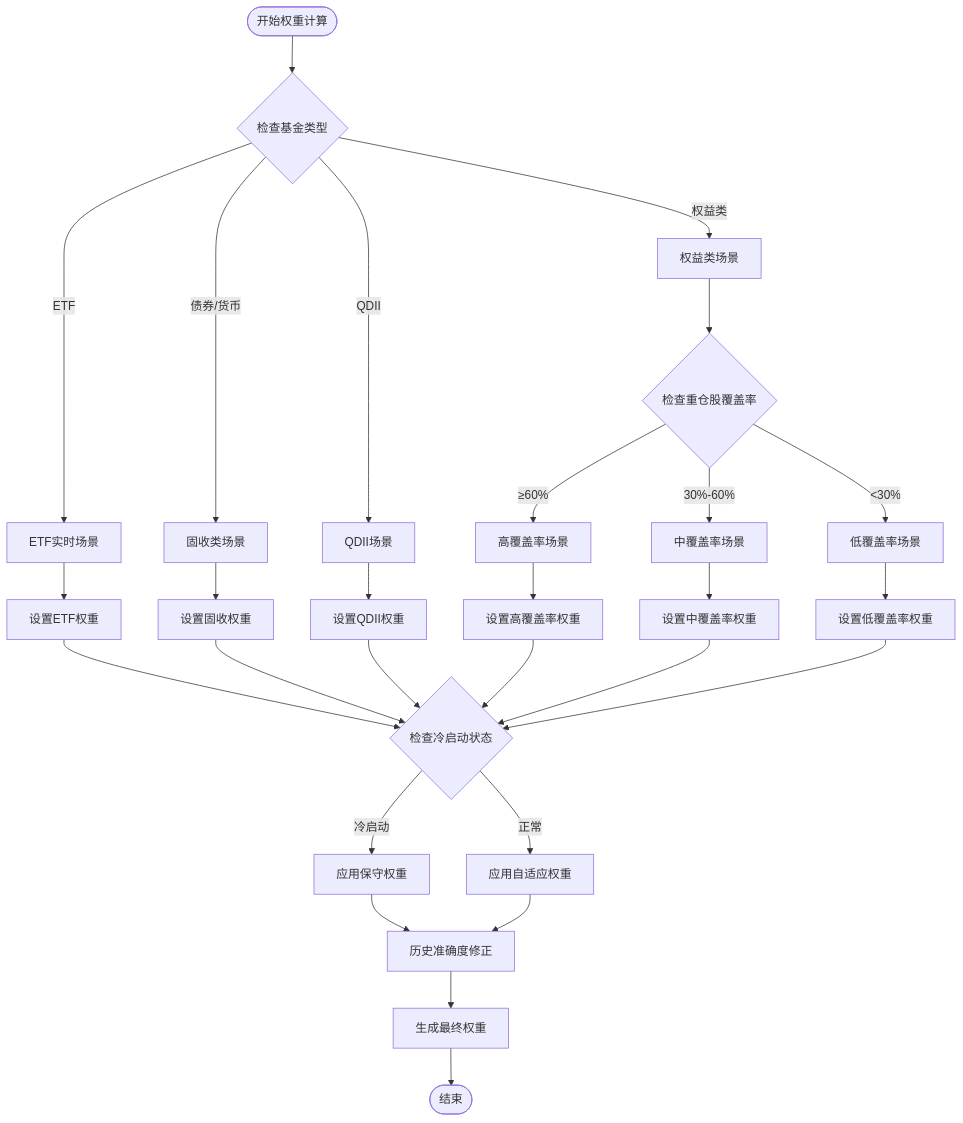
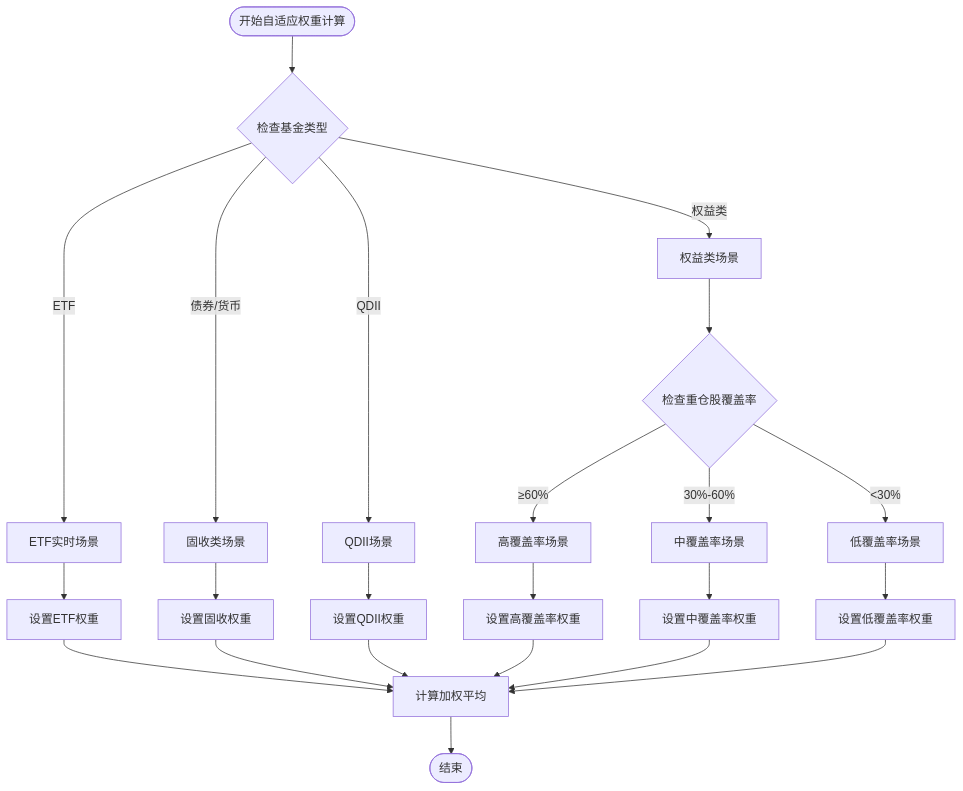
Before and after one commit to gree-coder/fund-butler: the fifth of 23 diagrams in .qoder/repowiki/zh/content/核心功能开发/多源基金估值系统.md, drawn with Mermaid. The commit also changed other lines of this file and 21 other files, not shown here.

````diff
--- a/.qoder/repowiki/zh/content/核心功能开发/多源基金估值系统.md
+++ b/.qoder/repowiki/zh/content/核心功能开发/多源基金估值系统.md
@@ -307,30 +317,25 @@
 ```mermaid
 flowchart TD
-Start([开始权重计算]) --> CheckType{检查基金类型}
+Start([开始自适应权重计算]) --> CheckType{检查基金类型}
 CheckType --> |ETF| ETFScenario[ETF实时场景]
 CheckType --> |债券/货币| BondScenario[固收类场景]
 CheckType --> |QDII| QDIIScenario[QDII场景]
 CheckType --> |权益类| EquityScenario[权益类场景]
 ETFScenario --> SetETFWeights[设置ETF权重]
 BondScenario --> SetBondWeights[设置固收权重]
 QDIIScenario --> SetQDIWeights[设置QDII权重]
 EquityScenario --> CheckCoverage{检查重仓股覆盖率}
 CheckCoverage --> |≥60%| HighCoverage[高覆盖率场景]
 CheckCoverage --> |30%-60%| MediumCoverage[中覆盖率场景]
 CheckCoverage --> |<30%| LowCoverage[低覆盖率场景]
 HighCoverage --> SetHighWeights[设置高覆盖率权重]
 MediumCoverage --> SetMediumWeights[设置中覆盖率权重]
 LowCoverage --> SetLowWeights[设置低覆盖率权重]
-SetETFWeights --> CheckColdStart{检查冷启动状态}
-SetBondWeights --> CheckColdStart
-SetQDIWeights --> CheckColdStart
-SetHighWeights --> CheckColdStart
-SetMediumWeights --> CheckColdStart
-SetLowWeights --> CheckColdStart
-CheckColdStart --> |冷启动| ConservativeWeights[应用保守权重]
-CheckColdStart --> |正常| AdaptiveWeights[应用自适应权重]
-ConservativeWeights --> AccuracyCorrection[历史准确度修正]
-AdaptiveWeights --> AccuracyCorrection
-AccuracyCorrection --> FinalWeights[生成最终权重]
-FinalWeights --> End([结束])
+SetETFWeights --> CalculateWeight[计算加权平均]
+SetBondWeights --> CalculateWeight
+SetQDIWeights --> CalculateWeight
+SetHighWeights --> CalculateWeight
+SetMediumWeights --> CalculateWeight
+SetLowWeights --> CalculateWeight
+CalculateWeight --> End([结束])
 ```
````
